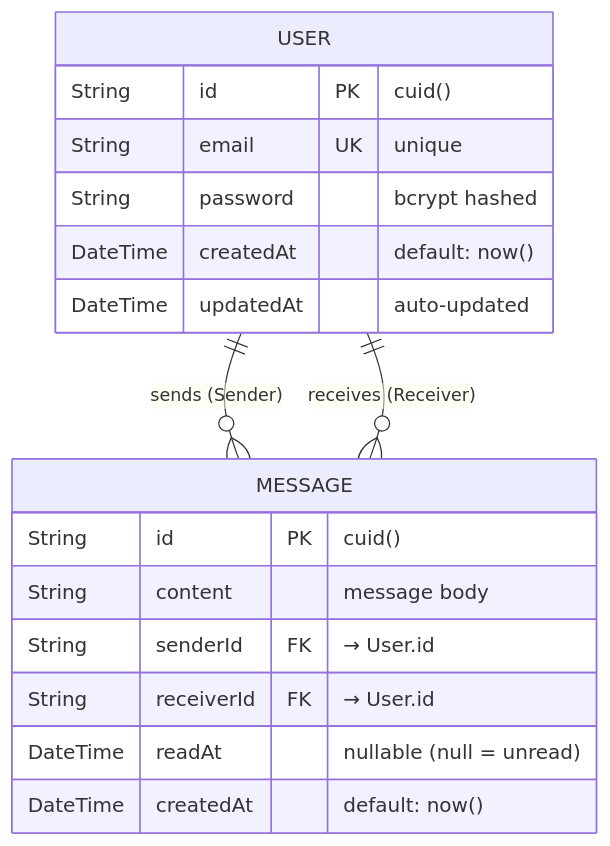
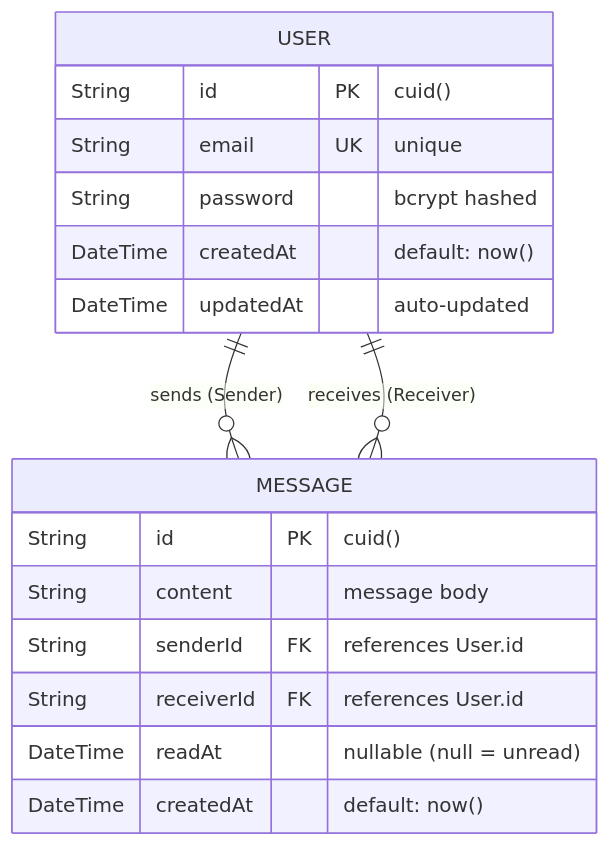
The second of 2 diagrams in README.md (Abhishek8841/echo), drawn with Mermaid before and after one commit. The commit also changed other lines of this file and 12 other files, not shown here.

````diff
--- a/README.md
+++ b/README.md
@@ -216,22 +228,22 @@
 ```mermaid
 erDiagram
     USER {
         String id PK "cuid()"
         String email UK "unique"
         String password "bcrypt hashed"
         DateTime createdAt "default: now()"
         DateTime updatedAt "auto-updated"
     }
 
     MESSAGE {
         String id PK "cuid()"
         String content "message body"
-        String senderId FK "→ User.id"
-        String receiverId FK "→ User.id"
+        String senderId FK "references User.id"
+        String receiverId FK "references User.id"
         DateTime readAt "nullable (null = unread)"
         DateTime createdAt "default: now()"
     }
 
     USER ||--o{ MESSAGE : "sends (Sender)"
     USER ||--o{ MESSAGE : "receives (Receiver)"
 ```
````
